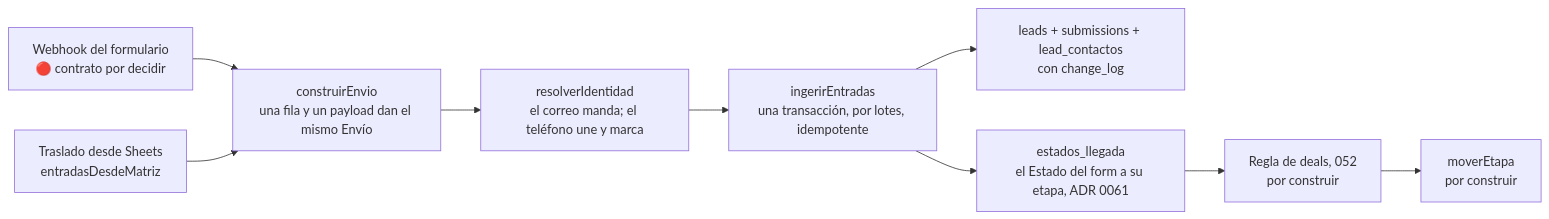
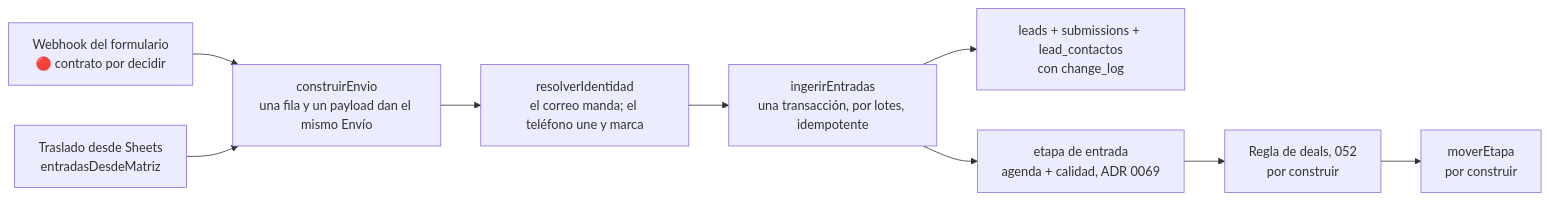
Before and after one commit to Retia-Agencia/retia-metrics: the sixth of 6 diagrams in docs/structure.md, drawn with Mermaid. The commit also changed other lines of this file and 35 other files, not shown here.

First line of the commit message:
117 fase 2 (codigo): nadie lee estados_llegada; la alarma pasa a 'sin calidad' y Leads filtra por calidad

````diff
--- a/docs/structure.md
+++ b/docs/structure.md
@@ -375,11 +375,11 @@
 ```mermaid
 flowchart LR
   WH["Webhook del formulario<br/>🔴 contrato por decidir"] --> CE
   SH["Traslado desde Sheets<br/>entradasDesdeMatriz"] --> CE
   CE["construirEnvio<br/>una fila y un payload dan el mismo Envío"] --> ID["resolverIdentidad<br/>el correo manda; el teléfono une y marca"]
   ID --> ING["ingerirEntradas<br/>una transacción, por lotes, idempotente"]
   ING --> W1["leads + submissions + lead_contactos<br/>con change_log"]
-  ING --> CAL["estados_llegada<br/>el Estado del form a su etapa, ADR 0061"]
+  ING --> CAL["etapa de entrada<br/>agenda + calidad, ADR 0069"]
   CAL --> REG["Regla de deals, 052<br/>por construir"]
   REG --> MOT["moverEtapa<br/>por construir"]
 ```
````
